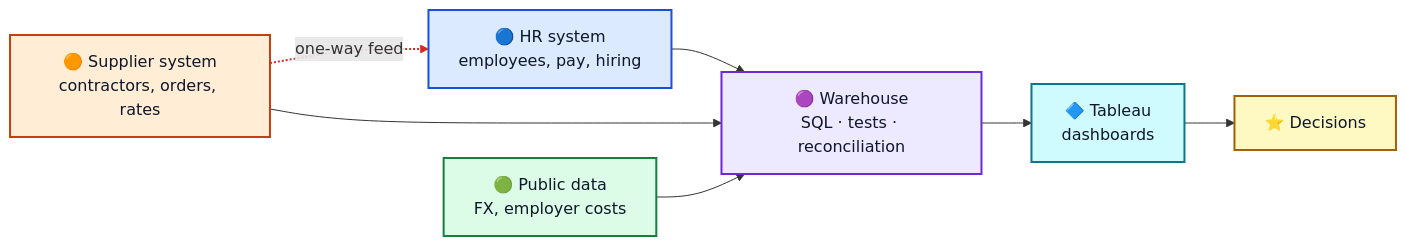
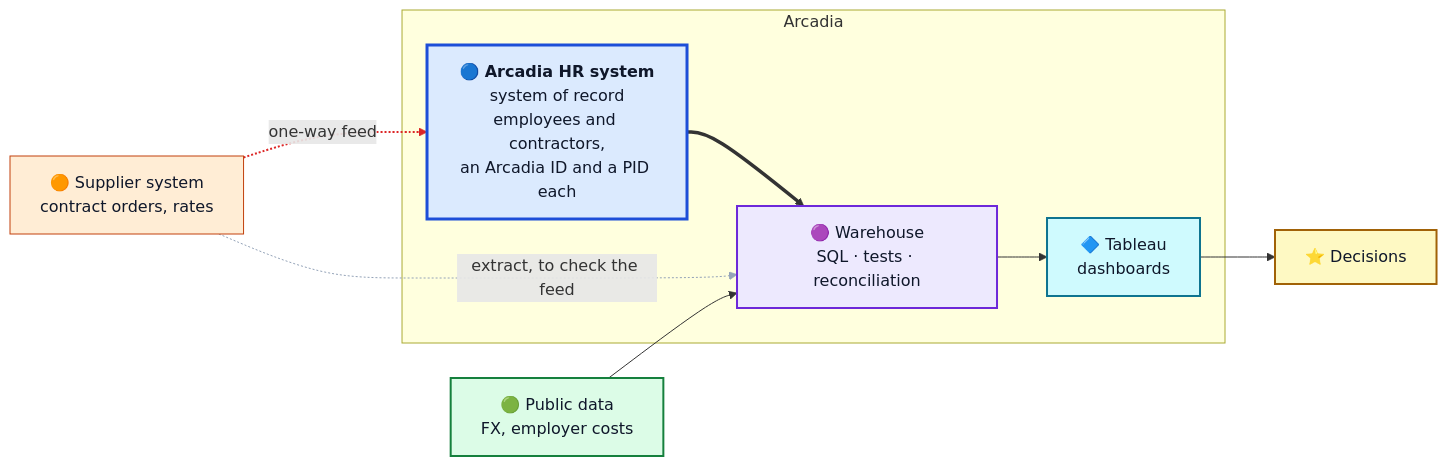
The diagram in README.md (thialp/thialp), drawn with Mermaid before and after one commit. The commit also changed other lines of this file, not shown here.

Commit message:
Profile: Keystone-centred diagram, case study 7, Headcount link fixed, 81 tests
Claude-Session: https://claude.ai/code/session_01SGHGowkfqUMwZwqHmwN5Nv

````diff
--- a/README.md
+++ b/README.md
@@ -31,27 +31,30 @@
 ```mermaid
 flowchart LR
-    KS["🔵 HR system<br/>employees, pay, hiring"]
-    BW["🟠 Supplier system<br/>contractors, orders, rates"]
+    BW["🟠 Supplier system<br/>contract orders, rates"]
+    subgraph ARC["Arcadia"]
+        KS["🔵 <b>Arcadia HR system</b><br/>system of record<br/>employees and contractors,<br/>an Arcadia ID and a PID each"]
+        WH["🟣 Warehouse<br/>SQL · tests · reconciliation"]
+        TAB["🔷 Tableau<br/>dashboards"]
+    end
     PUB["🟢 Public data<br/>FX, employer costs"]
-    WH["🟣 Warehouse<br/>SQL · tests · reconciliation"]
-    TAB["🔷 Tableau<br/>dashboards"]
     DEC["⭐ Decisions"]
     BW -. "one-way feed" .-> KS
-    KS --> WH
-    BW --> WH
+    KS ==> WH
     PUB --> WH
     WH --> TAB --> DEC
-    classDef hr fill:#dbeafe,stroke:#1d4ed8,color:#0f172a,stroke-width:2px
-    classDef vms fill:#ffedd5,stroke:#c2410c,color:#0f172a,stroke-width:2px
+    BW -. "extract, to check the feed" .-> WH
+    classDef hr fill:#dbeafe,stroke:#1d4ed8,color:#0f172a,stroke-width:3px
+    classDef vms fill:#ffedd5,stroke:#c2410c,color:#0f172a,stroke-width:1px
     classDef pub fill:#dcfce7,stroke:#15803d,color:#0f172a,stroke-width:2px
     classDef wh fill:#ede9fe,stroke:#6d28d9,color:#0f172a,stroke-width:2px
     classDef tab fill:#cffafe,stroke:#0e7490,color:#0f172a,stroke-width:2px
     classDef dec fill:#fef9c3,stroke:#a16207,color:#0f172a,stroke-width:2px
     class KS hr
     class BW vms
     class PUB pub
     class WH wh
     class TAB tab
     class DEC dec
     linkStyle 0 stroke:#dc2626,stroke-width:2px
+    linkStyle 5 stroke:#94a3b8,stroke-width:1px
 ```
````
